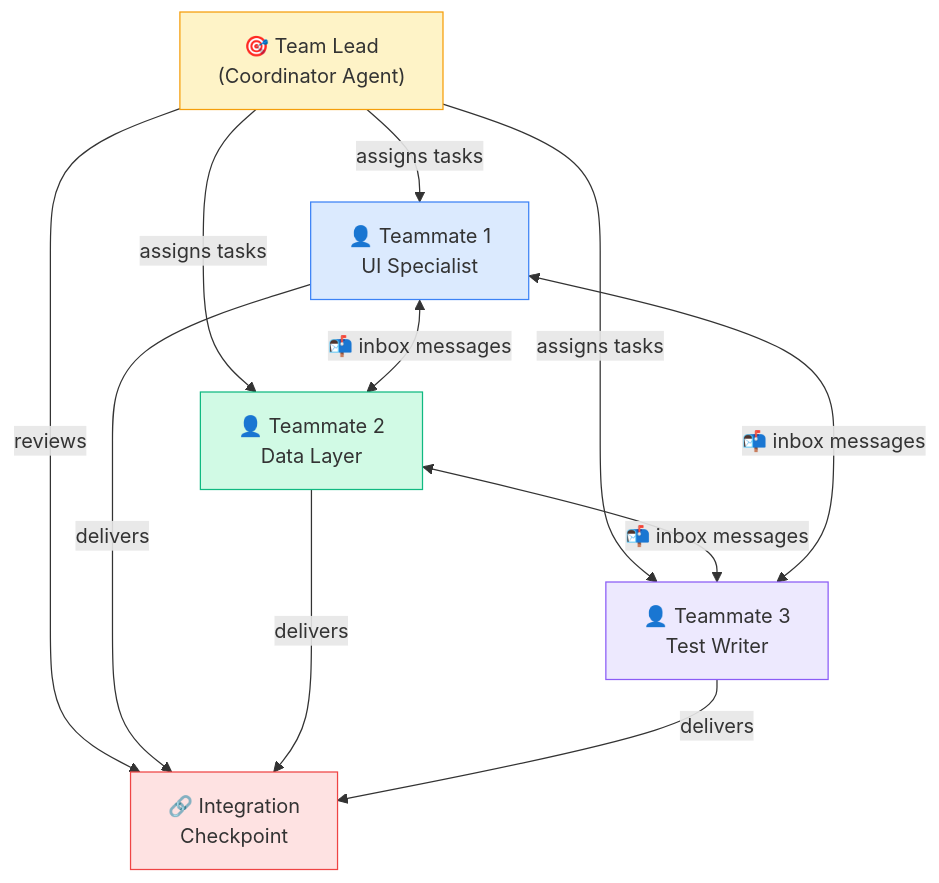
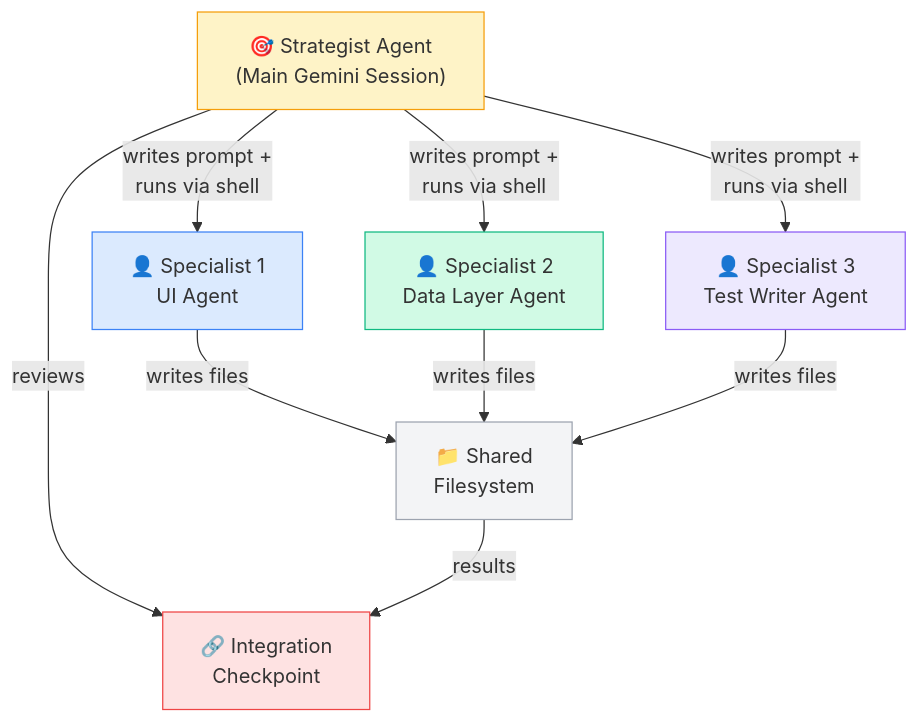
Before and after one commit to mariusjcb/gh-agentic-code-guides: the diagram in Part 3 — Agentic Patterns/09-agent-teams.md, drawn with Mermaid. The commit also changed other lines of this file, not shown here.

First line of the commit message:
Adapt agent teams guide for Gemini CLI multi-agent delegation

````diff
--- a/Part 3 — Agentic Patterns/09-agent-teams.md
+++ b/Part 3 — Agentic Patterns/09-agent-teams.md
@@ -33,23 +39,22 @@
 ```mermaid
 flowchart TB
-    TL["🎯 Team Lead\n(Coordinator Agent)"]
+    TL["🎯 Strategist Agent\n(Main Gemini Session)"]
 
-    TL -->|"assigns tasks"| T1["👤 Teammate 1\nUI Specialist"]
-    TL -->|"assigns tasks"| T2["👤 Teammate 2\nData Layer"]
-    TL -->|"assigns tasks"| T3["👤 Teammate 3\nTest Writer"]
+    TL -->|"writes prompt +\nruns via shell"| T1["👤 Specialist 1\nUI Agent"]
+    TL -->|"writes prompt +\nruns via shell"| T2["👤 Specialist 2\nData Layer Agent"]
+    TL -->|"writes prompt +\nruns via shell"| T3["👤 Specialist 3\nTest Writer Agent"]
 
-    T1 <-->|"📬 inbox messages"| T2
-    T2 <-->|"📬 inbox messages"| T3
-    T1 <-->|"📬 inbox messages"| T3
+    T1 -->|"writes files"| FS["📁 Shared\nFilesystem"]
+    T2 -->|"writes files"| FS
+    T3 -->|"writes files"| FS
 
     TL -->|"reviews"| INT["🔗 Integration\nCheckpoint"]
-    T1 -->|"delivers"| INT
-    T2 -->|"delivers"| INT
-    T3 -->|"delivers"| INT
+    FS -->|"results"| INT
 
     style TL fill:#fef3c7,stroke:#f59e0b
     style T1 fill:#dbeafe,stroke:#3b82f6
     style T2 fill:#d1fae5,stroke:#10b981
     style T3 fill:#ede9fe,stroke:#8b5cf6
+    style FS fill:#f3f4f6,stroke:#9ca3af
     style INT fill:#fee2e2,stroke:#ef4444
 ```
````
